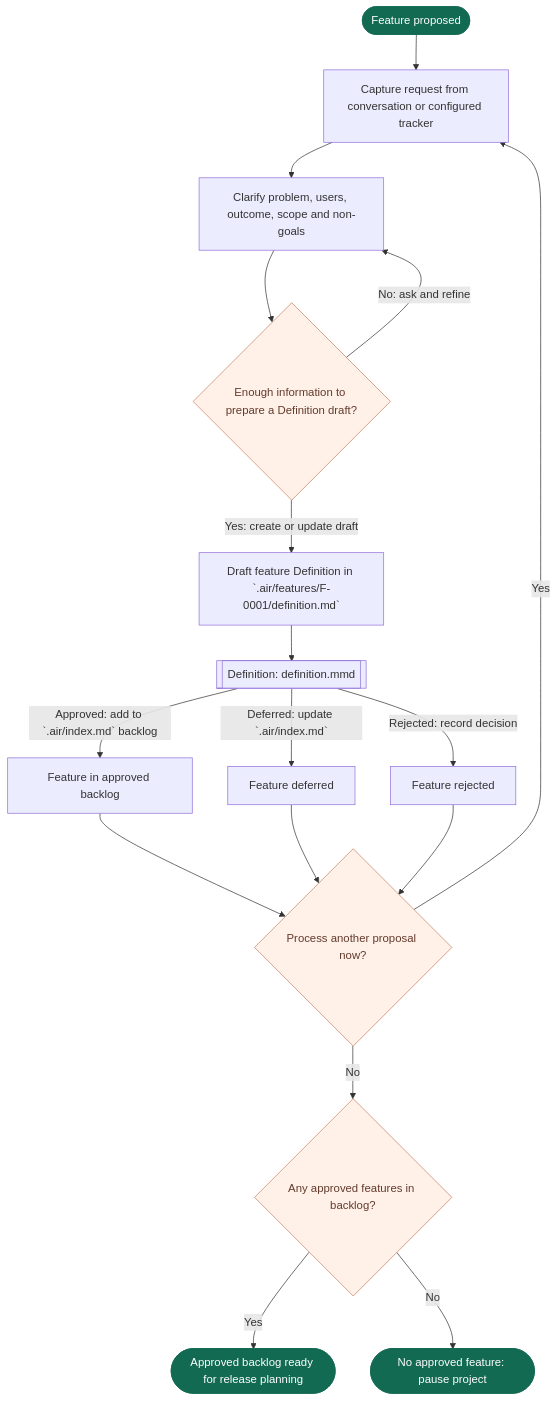
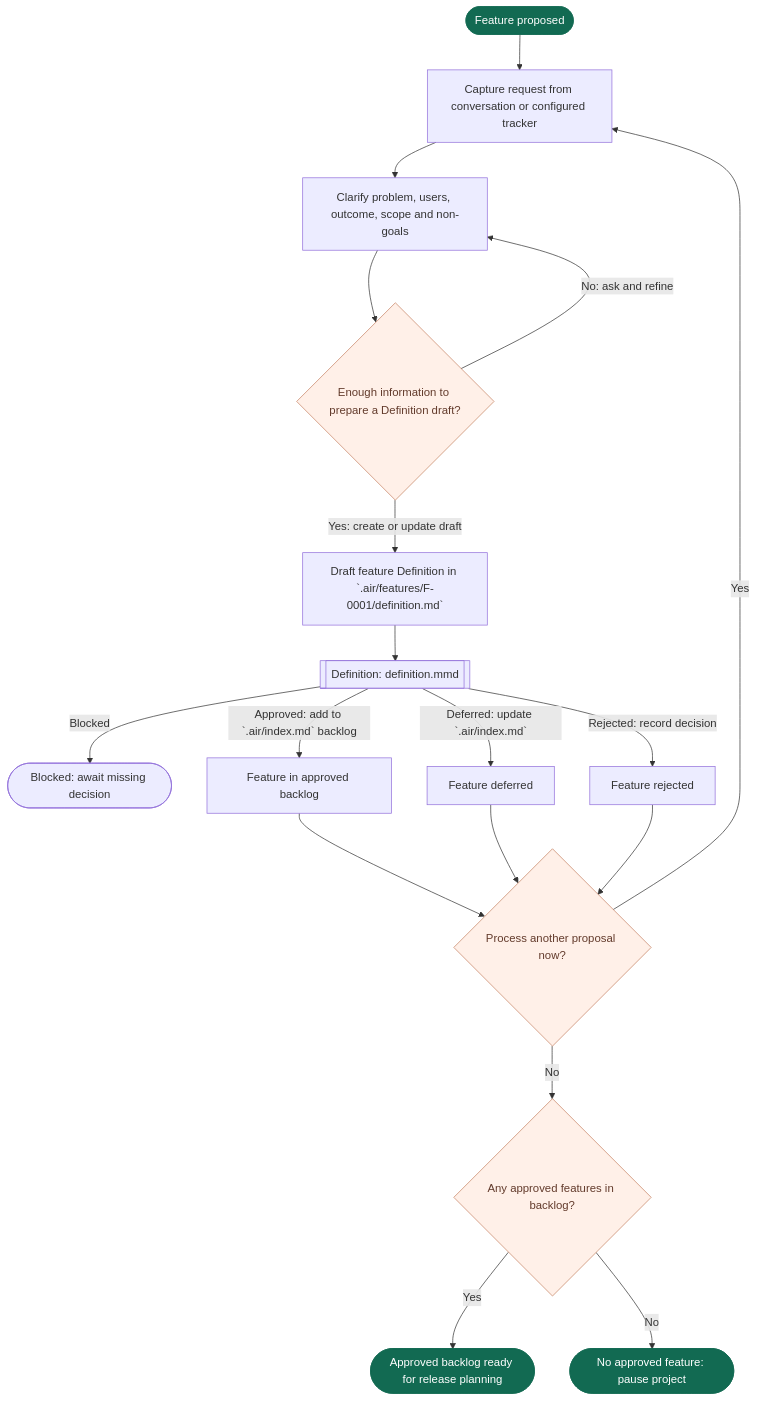
The diagram in docs/airflow/flows/feature-intake.mmd (vanlangenlabs/vanlangenlabs-site), drawn with Mermaid before and after one commit. The commit also changed 12 other files, not shown here.

```diff
--- a/docs/airflow/flows/feature-intake.mmd
+++ b/docs/airflow/flows/feature-intake.mmd
@@ -1,32 +1,33 @@
 flowchart TD
     start([Feature proposed]) --> capture[Capture request from conversation or configured tracker]
 %% @airflow-context capture
 %% Accept a feature proposal from the conversation or the configured GitHub/GitLab
 %% tracker. The tracker is optional. Do not start implementation or select a
 %% release during intake.
 %% @end-airflow-context
     capture --> clarify[Clarify problem, users, outcome, scope and non-goals]
 %% @airflow-context clarify
 %% Ask only for information needed to write a useful Definition: affected users,
 %% problem, expected outcome/value, scope and non-goals. Do not infer missing
 %% requirements. Keep this proposal under one stable feature ID in `.air/`.
 %% @end-airflow-context
     clarify --> ready{Enough information to prepare a Definition draft?}
     ready -- No: ask and refine --> clarify
     ready -- Yes: create or update draft --> draft[Draft feature Definition in `.air/features/F-0001/definition.md`]
     draft --> definition[["Definition: definition.mmd"]]
+    definition -- Blocked --> blocked([Blocked: await missing decision])
     definition -- Approved: add to `.air/index.md` backlog --> backlog[Feature in approved backlog]
     definition -- Deferred: update `.air/index.md` --> deferred[Feature deferred]
     definition -- Rejected: record decision --> rejected[Feature rejected]
     backlog --> another{Process another proposal now?}
     deferred --> another
     rejected --> another
     another -- Yes --> capture
     another -- No --> anyApproved{Any approved features in backlog?}
     anyApproved -- Yes --> intakeReady([Approved backlog ready for release planning])
     anyApproved -- No --> noApproved([No approved feature: pause project])
 
     classDef boundary fill:#126a52,color:#ffffff,stroke:#126a52
     class start,intakeReady,noApproved boundary
     classDef approval fill:#fff0e8,color:#633b2c,stroke:#c68162
     class ready,another,anyApproved approval
```
